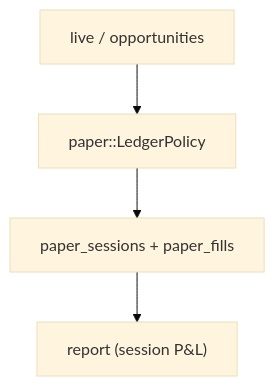
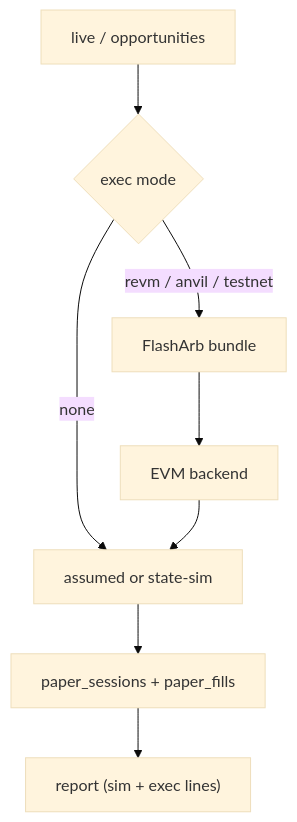
One commit to moha-moradi/mev-scout changed the ninth of 9 diagrams in docs/CLI.md. Above: the diagram before and after it, drawn with Mermaid (base theme). The commit also changed other lines of this file and 5 other files, not shown here.

First line of the commit message:
feat(exec): implement FlashArb execution options and enhance CLI documentation

````diff
--- a/docs/CLI.md
+++ b/docs/CLI.md
@@ -565,6 +592,10 @@
 ```mermaid
 flowchart TB
-  detect["live / opportunities"] --> ledger["paper::LedgerPolicy"]
+  detect["live / opportunities"] --> gate{"exec mode"}
+  gate -->|none| ledger["assumed or state-sim"]
+  gate -->|revm / anvil / testnet| build["FlashArb bundle"]
+  build --> run["EVM backend"]
+  run --> ledger
   ledger --> sess["paper_sessions + paper_fills"]
-  sess --> rep["report (session P&L)"]
+  sess --> rep["report (sim + exec lines)"]
 ```
````
